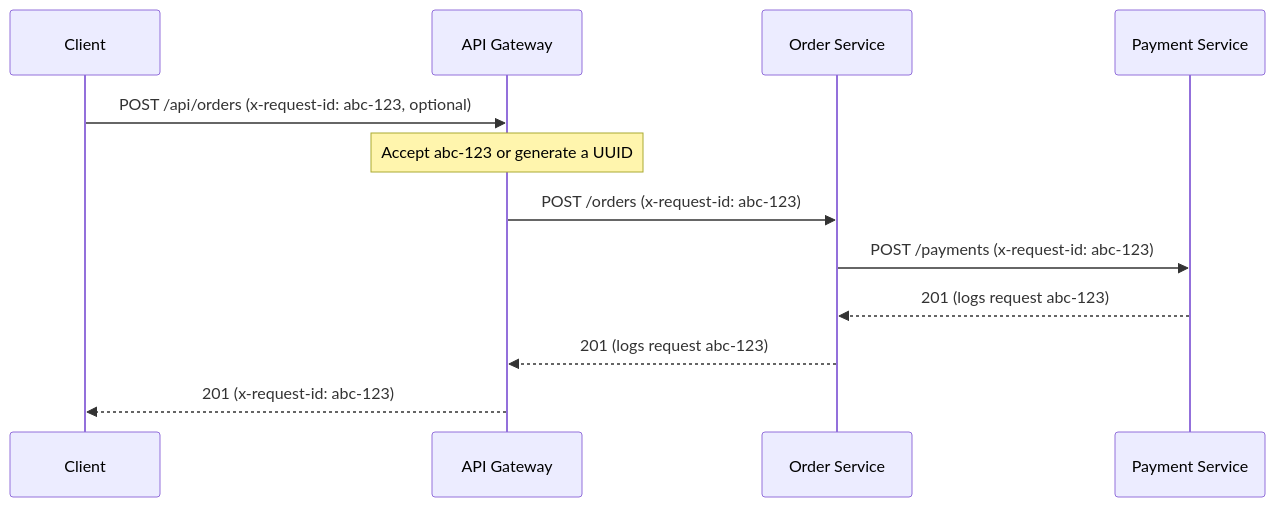
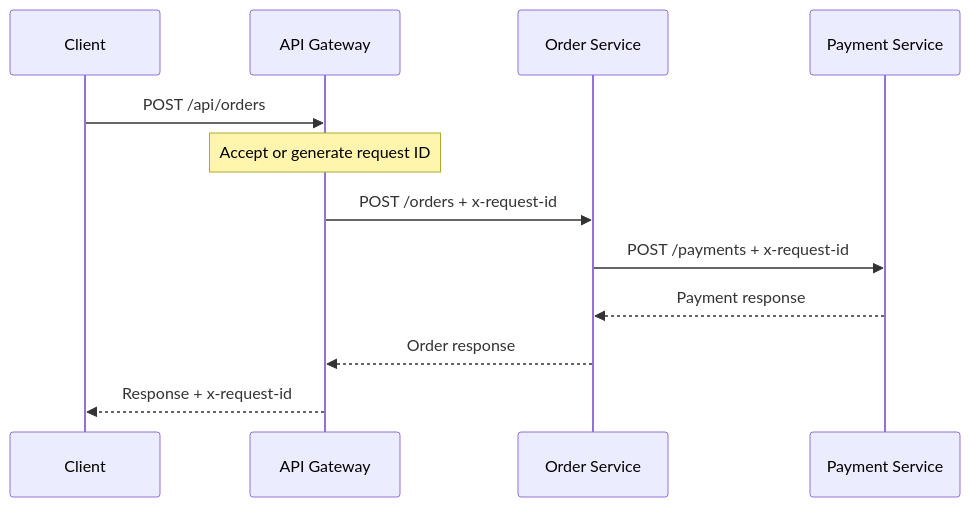
One commit to aliaagamall/pulsetrace changed the first of 2 diagrams in docs/architecture/observability.md. Above: the diagram before and after it, drawn with Mermaid. The commit also changed other lines of this file and 2 other files, not shown here.

````diff
--- a/docs/architecture/observability.md
+++ b/docs/architecture/observability.md
@@ -40,15 +49,15 @@
 ```mermaid
 sequenceDiagram
     participant C as Client
     participant G as API Gateway
     participant O as Order Service
     participant P as Payment Service
 
-    C->>G: POST /api/orders (x-request-id: abc-123, optional)
-    Note over G: Accept abc-123 or generate a UUID
-    G->>O: POST /orders (x-request-id: abc-123)
-    O->>P: POST /payments (x-request-id: abc-123)
-    P-->>O: 201 (logs request abc-123)
-    O-->>G: 201 (logs request abc-123)
-    G-->>C: 201 (x-request-id: abc-123)
+    C->>G: POST /api/orders
+    Note over G: Accept or generate request ID
+    G->>O: POST /orders + x-request-id
+    O->>P: POST /payments + x-request-id
+    P-->>O: Payment response
+    O-->>G: Order response
+    G-->>C: Response + x-request-id
 ```
````
